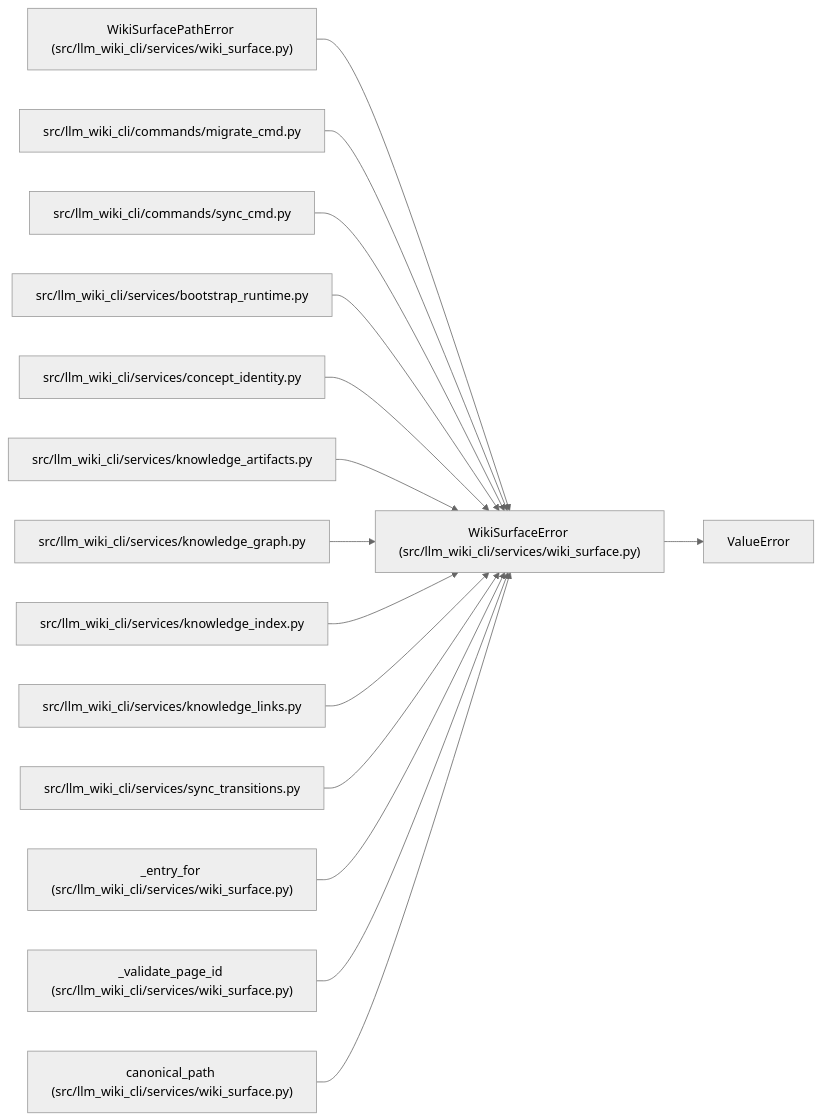
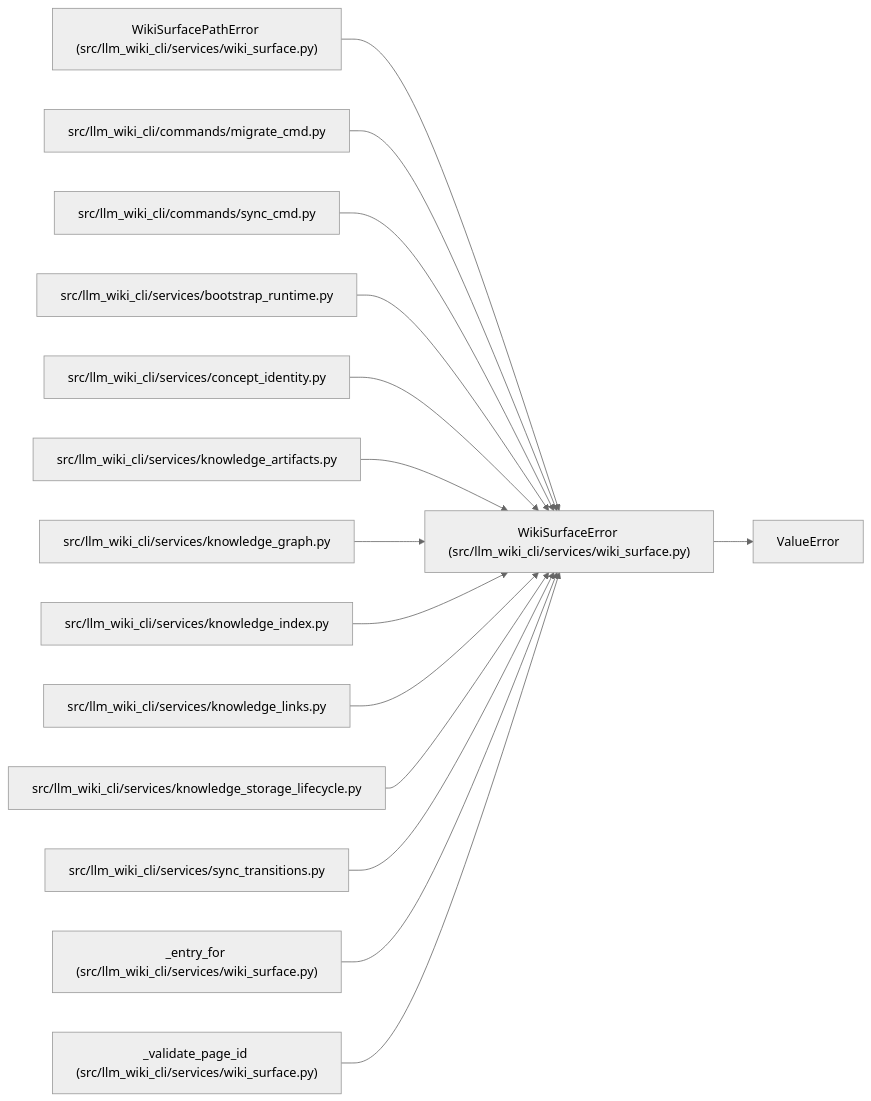
One commit to Denissvgn/python-wiki-llm changed the diagram in docs/llm_wiki/entities/WikiSurfaceError.md. Above: the diagram before and after it, drawn with Mermaid (neutral theme). The commit also changed other lines of this file and 1410 other files, not shown here.

````diff
--- a/docs/llm_wiki/entities/WikiSurfaceError.md
+++ b/docs/llm_wiki/entities/WikiSurfaceError.md
@@ -23,46 +23,46 @@
 ```mermaid
 flowchart LR
     n0["WikiSurfaceError (src/llm_wiki_cli/services/wiki_surface.py)"]
     n1["ValueError"]
     n2["WikiSurfacePathError (src/llm_wiki_cli/services/wiki_surface.py)"]
     n3["src/llm_wiki_cli/commands/migrate_cmd.py"]
     n4["src/llm_wiki_cli/commands/sync_cmd.py"]
     n5["src/llm_wiki_cli/services/bootstrap_runtime.py"]
     n6["src/llm_wiki_cli/services/concept_identity.py"]
     n7["src/llm_wiki_cli/services/knowledge_artifacts.py"]
     n8["src/llm_wiki_cli/services/knowledge_graph.py"]
     n9["src/llm_wiki_cli/services/knowledge_index.py"]
     n10["src/llm_wiki_cli/services/knowledge_links.py"]
-    n11["src/llm_wiki_cli/services/sync_transitions.py"]
-    n12["_entry_for (src/llm_wiki_cli/services/wiki_surface.py)"]
-    n13["_validate_page_id (src/llm_wiki_cli/services/wiki_surface.py)"]
-    n14["canonical_path (src/llm_wiki_cli/services/wiki_surface.py)"]
+    n11["src/llm_wiki_cli/services/knowledge_storage_lifecycle.py"]
+    n12["src/llm_wiki_cli/services/sync_transitions.py"]
+    n13["_entry_for (src/llm_wiki_cli/services/wiki_surface.py)"]
+    n14["_validate_page_id (src/llm_wiki_cli/services/wiki_surface.py)"]
     n0 --> n1
     n2 --> n0
     n3 --> n0
     n4 --> n0
     n5 --> n0
     n6 --> n0
     n7 --> n0
     n8 --> n0
     n9 --> n0
     n10 --> n0
     n11 --> n0
     n12 --> n0
     n13 --> n0
     n14 --> n0
     click n0 "../modules/wiki_surface.md"
     click n2 "../modules/wiki_surface.md"
     click n3 "../modules/migrate_cmd.md"
     click n4 "../modules/sync_cmd.md"
     click n5 "../modules/bootstrap_runtime.md"
     click n6 "../modules/concept_identity.md"
     click n7 "../modules/knowledge_artifacts.md"
     click n8 "../modules/knowledge_graph.md"
     click n9 "../modules/knowledge_index.md"
     click n10 "../modules/knowledge_links.md"
-    click n11 "../modules/sync_transitions.md"
-    click n12 "../modules/wiki_surface.md"
+    click n11 "../modules/knowledge_storage_lifecycle.md"
+    click n12 "../modules/sync_transitions.md"
     click n13 "../modules/wiki_surface.md"
     click n14 "../modules/wiki_surface.md"
 ```
````
